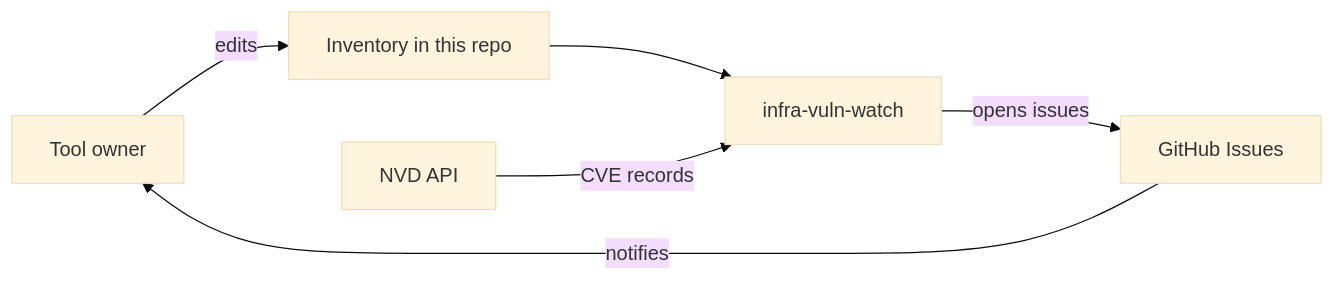
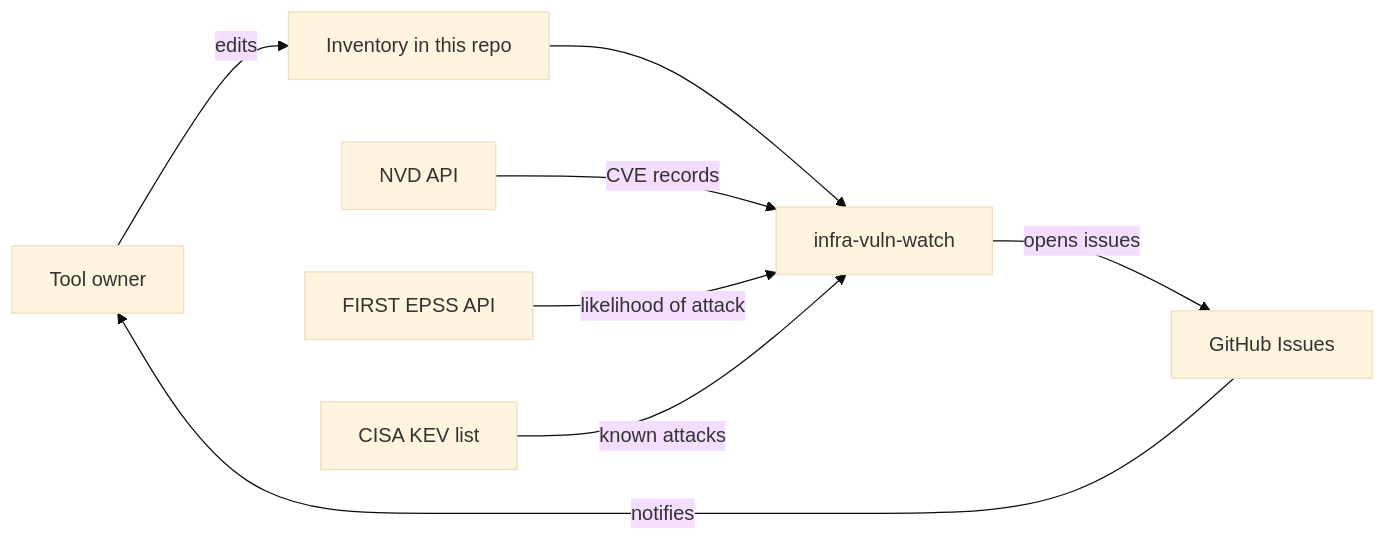
Before and after one commit to iamunnip/infra-vuln-watch: the first of 5 diagrams in arc42/README.md, drawn with Mermaid (base theme). The commit also changed other lines of this file and 24 other files, not shown here.

````diff
--- a/arc42/README.md
+++ b/arc42/README.md
@@ -27,8 +27,10 @@
 ```mermaid
 flowchart LR
     owner[Tool owner] -->|edits| repo[Inventory in this repo]
     repo --> watch[infra-vuln-watch]
     nvd[NVD API] -->|CVE records| watch
+    epss[FIRST EPSS API] -->|likelihood of attack| watch
+    kev[CISA KEV list] -->|known attacks| watch
     watch -->|opens issues| issues[GitHub Issues]
     issues -->|notifies| owner
 ```
````
